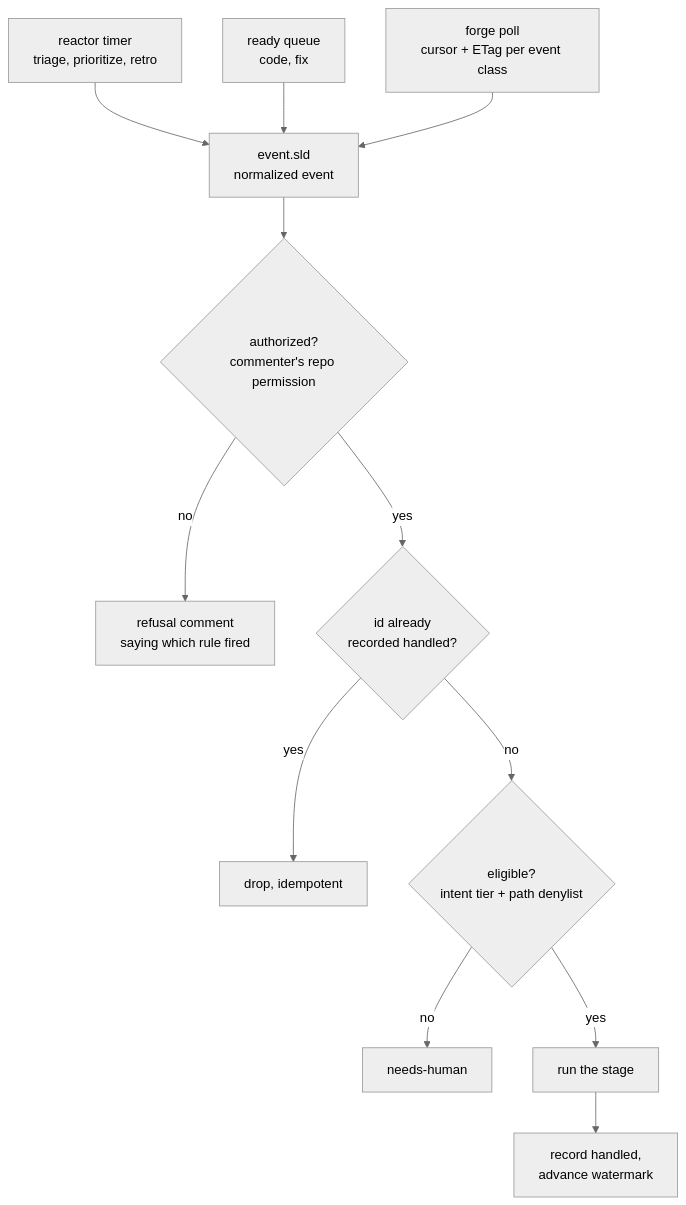
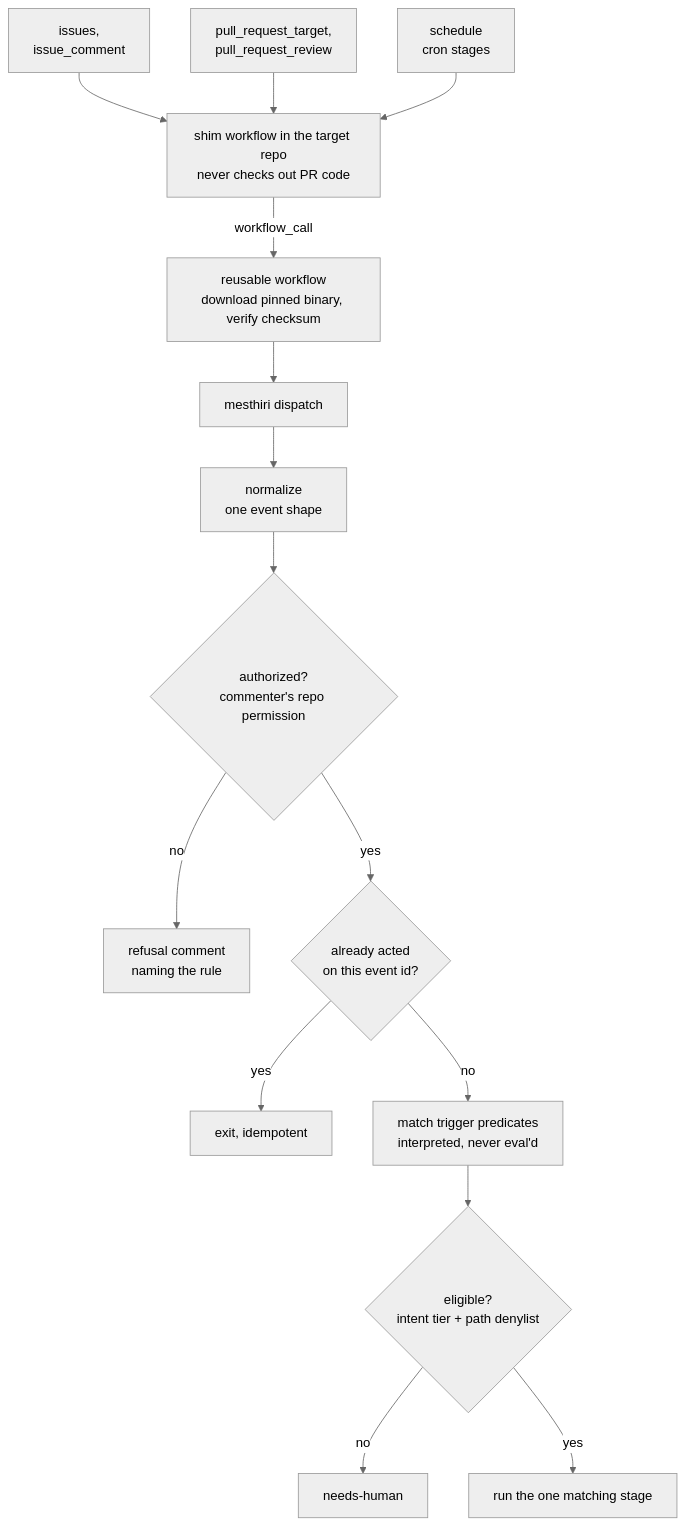
Before and after one commit to mesthiri/mesthiri: the second of 7 diagrams in docs/architecture.md, drawn with Mermaid (neutral theme). The commit also changed other lines of this file and 5 other files, not shown here.

First line of the commit message:
Re-architect to CI-native dispatch, inspired by fullsend

````diff
--- a/docs/architecture.md
+++ b/docs/architecture.md
@@ -61,15 +71,19 @@
 ```mermaid
 flowchart TD
-  cron["reactor timer<br/>triage, prioritize, retro"] --> ev
-  queue["ready queue<br/>code, fix"] --> ev
-  poll["forge poll<br/>cursor + ETag per event class"] --> ev
+  ev1["issues,<br/>issue_comment"] --> shim
+  ev2["pull_request_target,<br/>pull_request_review"] --> shim
+  ev3["schedule<br/>cron stages"] --> shim
 
-  ev["event.sld<br/>normalized event"] --> auth{"authorized?<br/>commenter's repo permission"}
-  auth -->|"no"| refuse["refusal comment<br/>saying which rule fired"]
-  auth -->|"yes"| dedupe{"id already<br/>recorded handled?"}
-  dedupe -->|"yes"| drop["drop, idempotent"]
-  dedupe -->|"no"| elig{"eligible?<br/>intent tier + path denylist"}
-  elig -->|"no"| escalate["needs-human"]
-  elig -->|"yes"| stage["run the stage"]
-  stage --> mark["record handled,<br/>advance watermark"]
+  shim["shim workflow in the target repo<br/>never checks out PR code"] -->|"workflow_call"| reuse
+  reuse["reusable workflow<br/>download pinned binary, verify checksum"] --> disp
+
+  disp["mesthiri dispatch"] --> norm["normalize<br/>one event shape"]
+  norm --> authz{"authorized?<br/>commenter's repo permission"}
+  authz -->|"no"| refuse["refusal comment<br/>naming the rule"]
+  authz -->|"yes"| dedupe{"already acted<br/>on this event id?"}
+  dedupe -->|"yes"| drop["exit, idempotent"]
+  dedupe -->|"no"| match["match trigger predicates<br/>interpreted, never eval'd"]
+  match --> elig{"eligible?<br/>intent tier + path denylist"}
+  elig -->|"no"| esc["needs-human"]
+  elig -->|"yes"| stage["run the one matching stage"]
 ```
````
